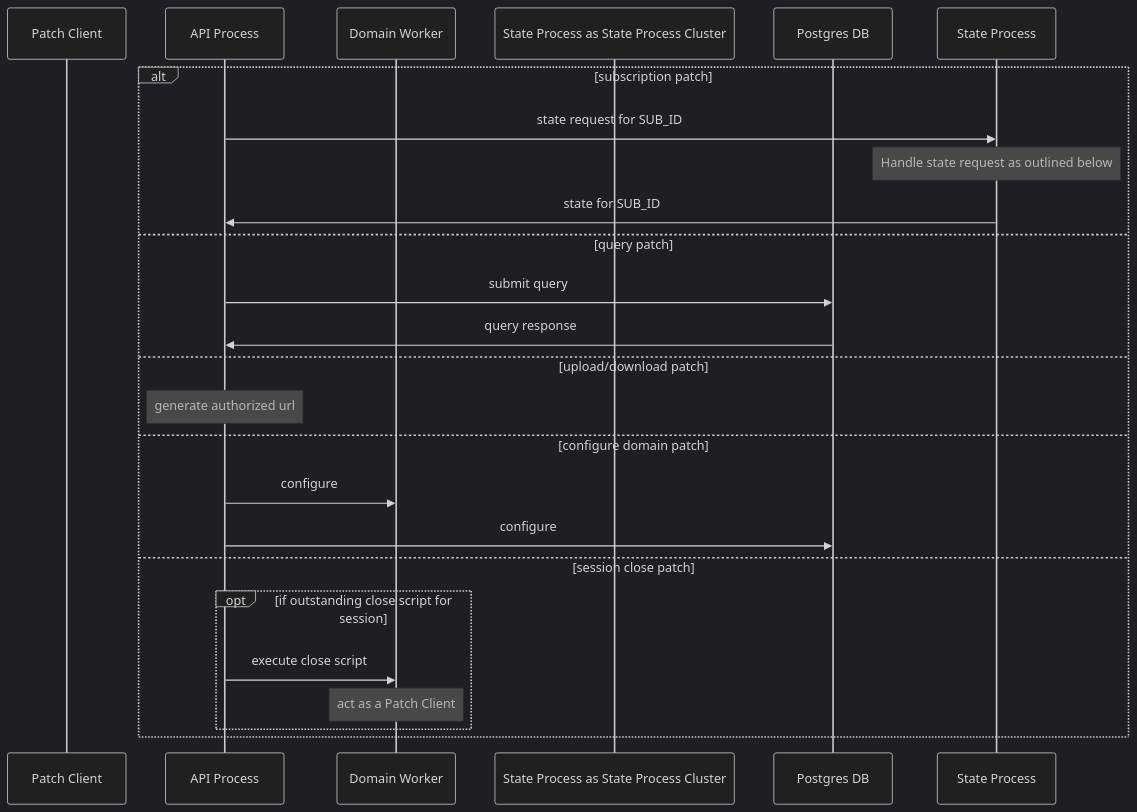
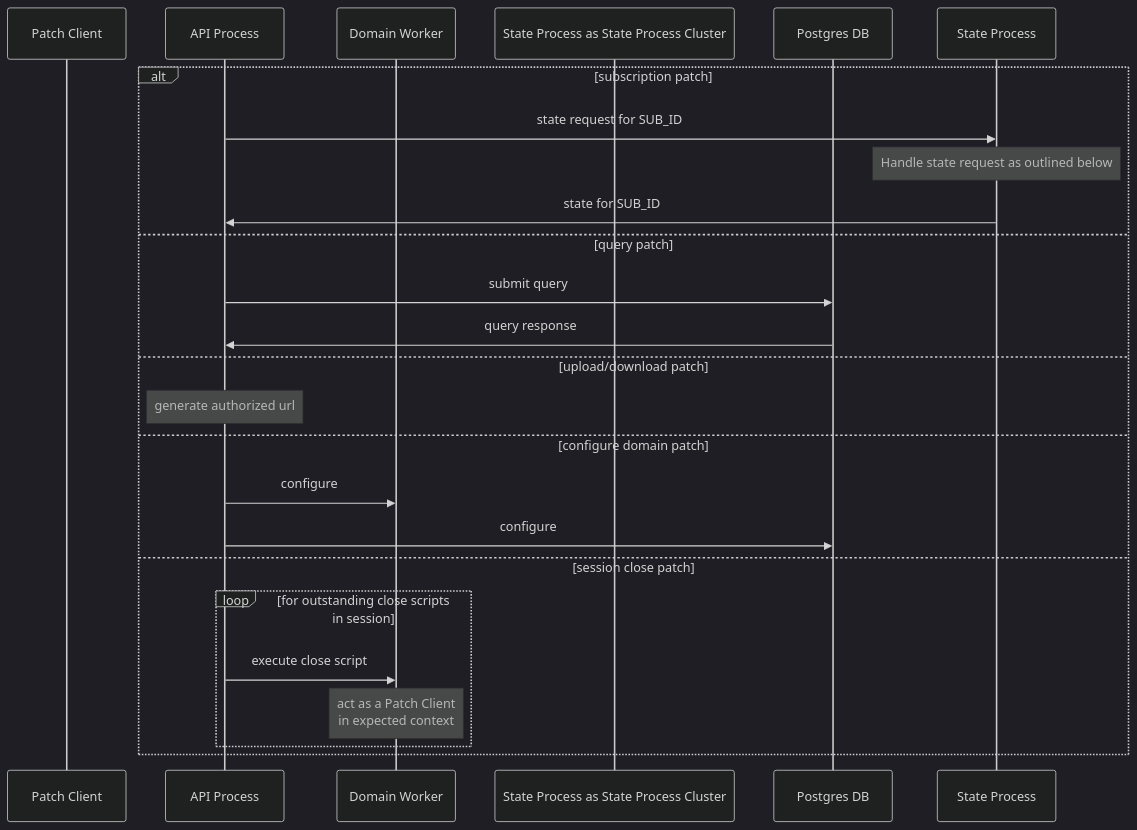
Before and after one commit to knowlearning/platform: the second of 2 diagrams in README.md, drawn with Mermaid (dark theme).

Commit message:
Improve close script spec

````diff
--- a/README.md
+++ b/README.md
@@ -76,27 +76,27 @@
 ```mermaid
 sequenceDiagram
   participant Patch Client
   participant API Process
   participant Domain Worker
   participant State Process as State Process Cluster
   participant Postgres DB
 
   alt subscription patch
     API Process ->> State Process: state request for SUB_ID
     Note over State Process: Handle state request as outlined below
     State Process ->> API Process: state for SUB_ID
   else query patch
     API Process ->> Postgres DB: submit query
     Postgres DB ->> API Process: query response
   else upload/download patch
     Note over API Process: generate authorized url
   else configure domain patch
     API Process ->> Domain Worker: configure
     API Process ->> Postgres DB: configure
   else session close patch
-    opt if outstanding close script for session
+    loop for outstanding close scripts in session
       API Process ->> Domain Worker: execute close script
-      Note over Domain Worker: act as a Patch Client
+      Note over Domain Worker: act as a Patch Client<br>in expected context
     end
   end
 ```
````
